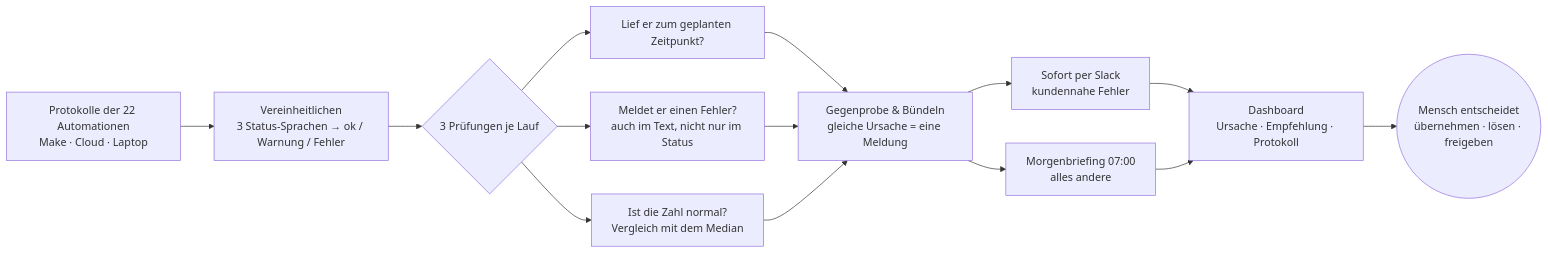
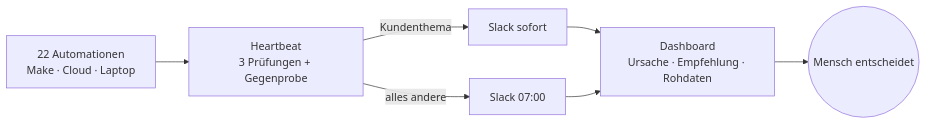
One commit to LucaOhm/TL_Case_04.12_Luca changed the diagram in README.md. Above: the diagram before and after it, drawn with Mermaid. The commit also changed other lines of this file and 15 other files, not shown here.

````diff
--- a/README.md
+++ b/README.md
@@ -83,13 +35,8 @@
 ```mermaid
 flowchart LR
-    A[Protokolle der 22 Automationen<br/>Make · Cloud · Laptop] --> B[Vereinheitlichen<br/>3 Status-Sprachen → ok / Warnung / Fehler]
-    B --> C{3 Prüfungen je Lauf}
-    C --> C1[Lief er zum geplanten Zeitpunkt?]
-    C --> C2[Meldet er einen Fehler?<br/>auch im Text, nicht nur im Status]
-    C --> C3[Ist die Zahl normal?<br/>Vergleich mit dem Median]
-    C1 & C2 & C3 --> D[Gegenprobe & Bündeln<br/>gleiche Ursache = eine Meldung]
-    D --> E1[Sofort per Slack<br/>kundennahe Fehler]
-    D --> E2[Morgenbriefing 07:00<br/>alles andere]
-    E1 & E2 --> F[Dashboard<br/>Ursache · Empfehlung · Protokoll]
-    F --> G((Mensch entscheidet<br/>übernehmen · lösen · freigeben))
+    Q[22 Automationen<br/>Make · Cloud · Laptop] --> H[Heartbeat<br/>3 Prüfungen + Gegenprobe]
+    H -->|Kundenthema| S1[Slack sofort]
+    H -->|alles andere| S2[Slack 07:00]
+    S1 & S2 --> D[Dashboard<br/>Ursache · Empfehlung · Rohdaten]
+    D --> M((Mensch entscheidet))
 ```
````
